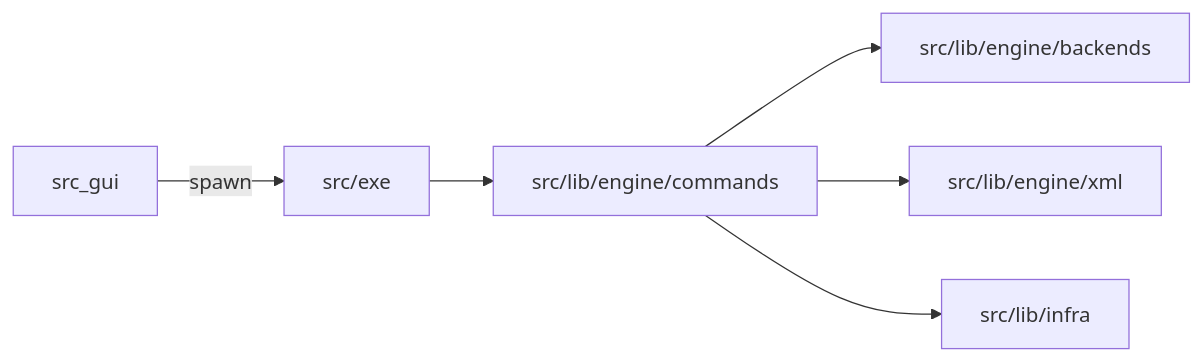
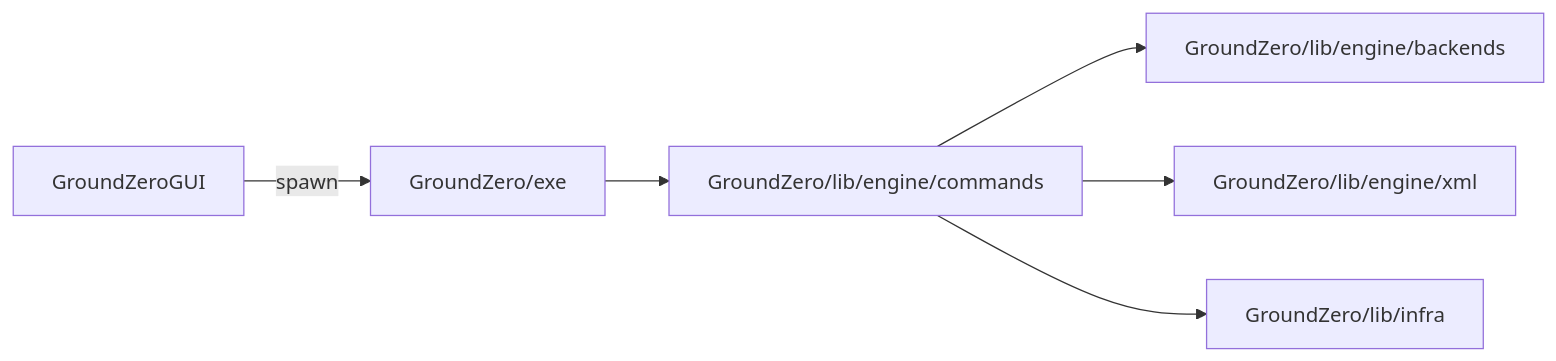
The diagram in ai-software-engineering/01-logic/system-design.md (shelltdf/up), drawn with Mermaid before and after one commit. The commit also changed other lines of this file and 306 other files, not shown here.

Commit message:
整个项目改名为 GroundZero ，修改了大量文档。强制项目用 utf8 bom 编码。

````diff
--- a/ai-software-engineering/01-logic/system-design.md
+++ b/ai-software-engineering/01-logic/system-design.md
@@ -5,8 +5,8 @@
 ```mermaid
 flowchart LR
-  CLI[src/exe] --> CMD[src/lib/engine/commands]
-  CMD --> BACK[src/lib/engine/backends]
-  CMD --> XML[src/lib/engine/xml]
-  CMD --> INFRA[src/lib/infra]
-  GUI[src_gui] -->|spawn| CLI
+  CLI[GroundZero/exe] --> CMD[GroundZero/lib/engine/commands]
+  CMD --> BACK[GroundZero/lib/engine/backends]
+  CMD --> XML[GroundZero/lib/engine/xml]
+  CMD --> INFRA[GroundZero/lib/infra]
+  GUI[GroundZeroGUI] -->|spawn| CLI
 ```
````
